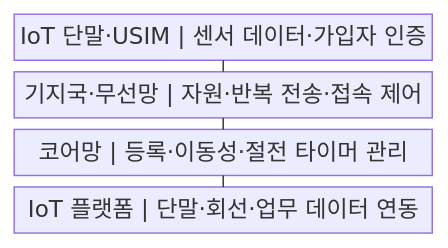
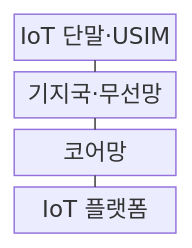
Before and after one commit to agnusdei1207/knowledge-base: the first of 2 diagrams in src/content/docs/notes/04-network/055_nb_iot_lte_m.md, drawn with Mermaid. The commit also changed other lines of this file and 122 other files, not shown here.

````diff
--- a/src/content/docs/notes/04-network/055_nb_iot_lte_m.md
+++ b/src/content/docs/notes/04-network/055_nb_iot_lte_m.md
@@ -56,11 +56,11 @@
 ```mermaid
-block
+block-beta
     columns 1
-    A["IoT 단말·USIM | 센서 데이터·가입자 인증"]
-    B["기지국·무선망 | 자원·반복 전송·접속 제어"]
-    C["코어망 | 등록·이동성·절전 타이머 관리"]
-    D["IoT 플랫폼 | 단말·회선·업무 데이터 연동"]
+    A["IoT 단말·USIM"]
+    B["기지국·무선망"]
+    C["코어망"]
+    D["IoT 플랫폼"]
     A --- B
     B --- C
     C --- D
 ```
````
